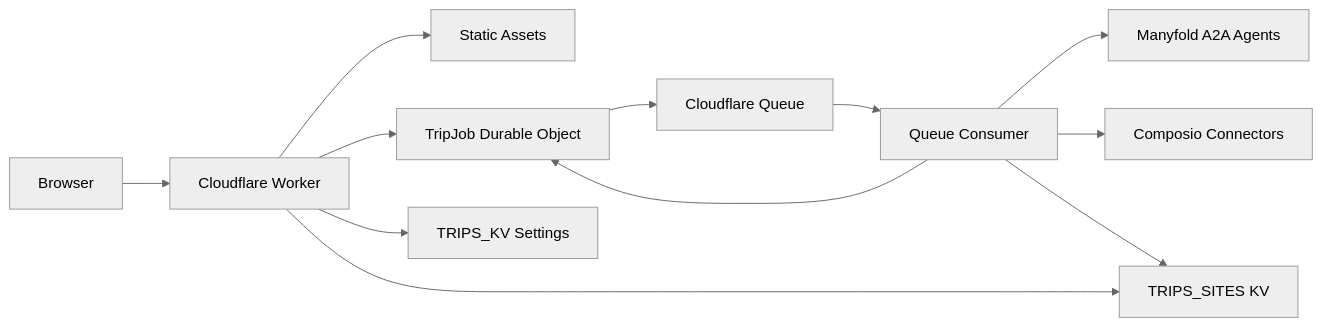
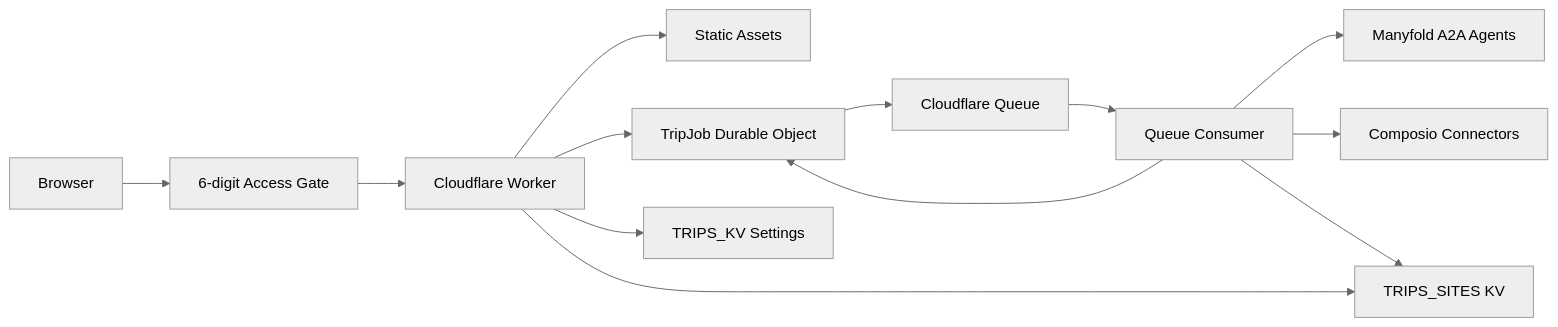
The diagram in docs/architecture.md (manyfold-open/travel-ticket), drawn with Mermaid (neutral theme) before and after one commit. The commit also changed other lines of this file and 21 other files, not shown here.

````diff
--- a/docs/architecture.md
+++ b/docs/architecture.md
@@ -8,14 +8,15 @@
 ```mermaid
 flowchart LR
-  Browser["Browser"] --> Worker["Cloudflare Worker"]
+  Browser["Browser"] --> Gate["6-digit Access Gate"]
+  Gate --> Worker["Cloudflare Worker"]
   Worker --> Assets["Static Assets"]
   Worker --> Job["TripJob Durable Object"]
   Job --> Queue["Cloudflare Queue"]
   Queue --> Consumer["Queue Consumer"]
   Consumer --> Manyfold["Manyfold A2A Agents"]
   Consumer --> Composio["Composio Connectors"]
   Consumer --> Job
   Consumer --> Sites["TRIPS_SITES KV"]
   Worker --> Sites
   Worker --> Config["TRIPS_KV Settings"]
 ```
````
